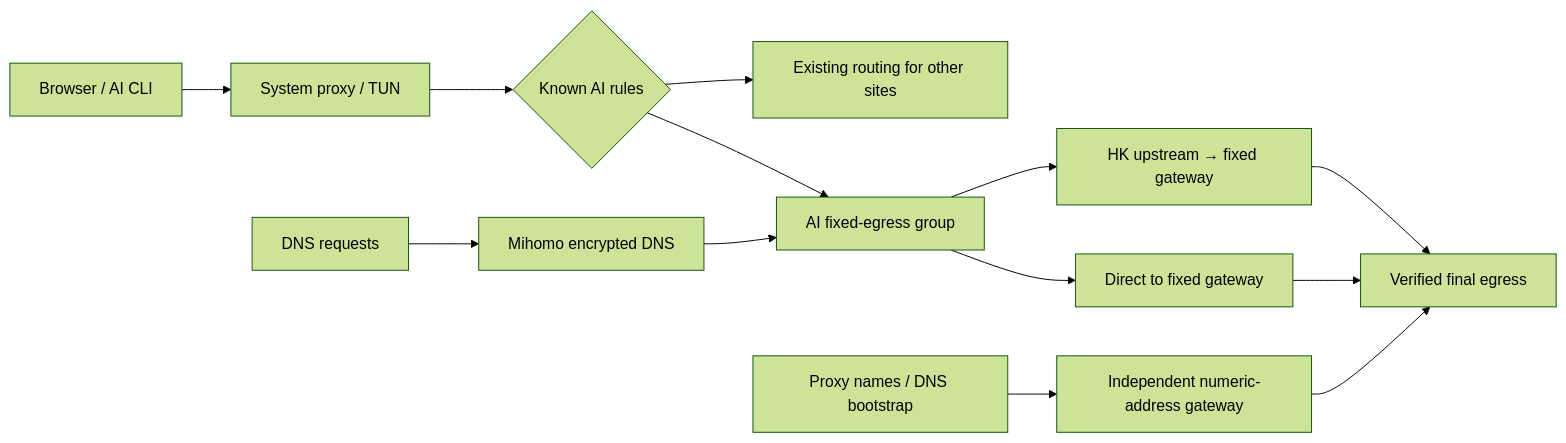
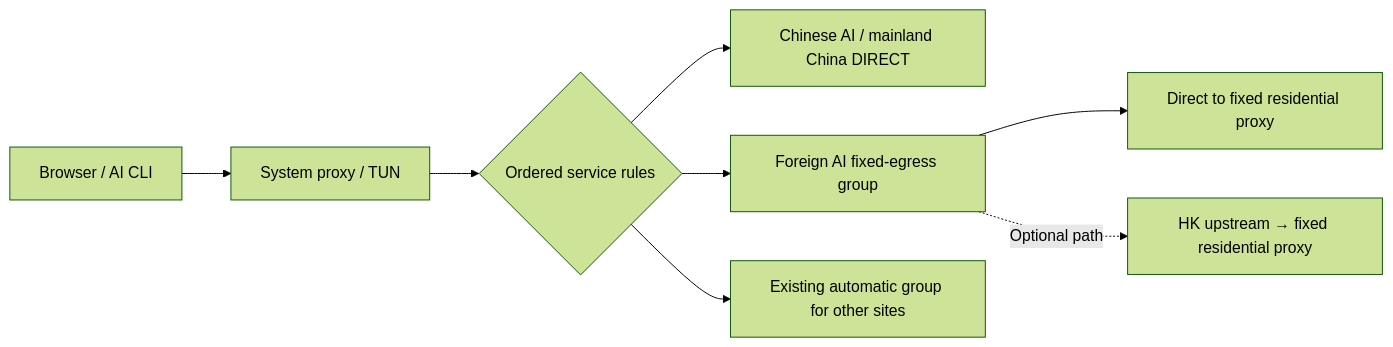
One commit to iPythoning/goglobal-infra changed the diagram in README.en.md. Above: the diagram before and after it, drawn with Mermaid (forest theme). The commit also changed other lines of this file and 9 other files, not shown here.

````diff
--- a/README.en.md
+++ b/README.en.md
@@ -20,15 +30,10 @@
 ```mermaid
 flowchart LR
     A[Browser / AI CLI] --> B[System proxy / TUN]
-    B --> C{Known AI rules}
-    C --> D[AI fixed-egress group]
-    C --> E[Existing routing for other sites]
-    D --> F[Direct to fixed gateway]
-    D --> G[HK upstream → fixed gateway]
-    F --> H[Verified final egress]
-    G --> H
-    N[DNS requests] --> M[Mihomo encrypted DNS]
-    M --> D
-    P[Proxy names / DNS bootstrap] --> Q[Independent numeric-address gateway]
-    Q --> H
+    B --> C{Ordered service rules}
+    C --> D[Chinese AI / mainland China DIRECT]
+    C --> E[Foreign AI fixed-egress group]
+    C --> F[Existing automatic group for other sites]
+    E --> G[Direct to fixed residential proxy]
+    E -. Optional path .-> H[HK upstream → fixed residential proxy]
 ```
````
